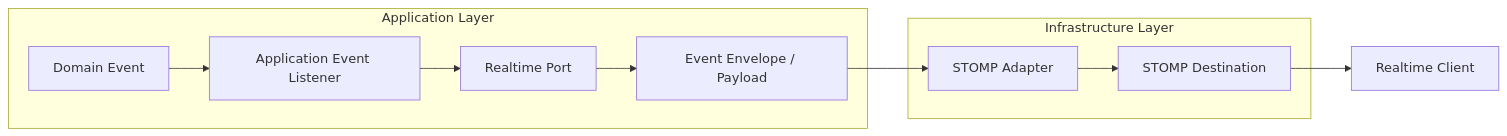
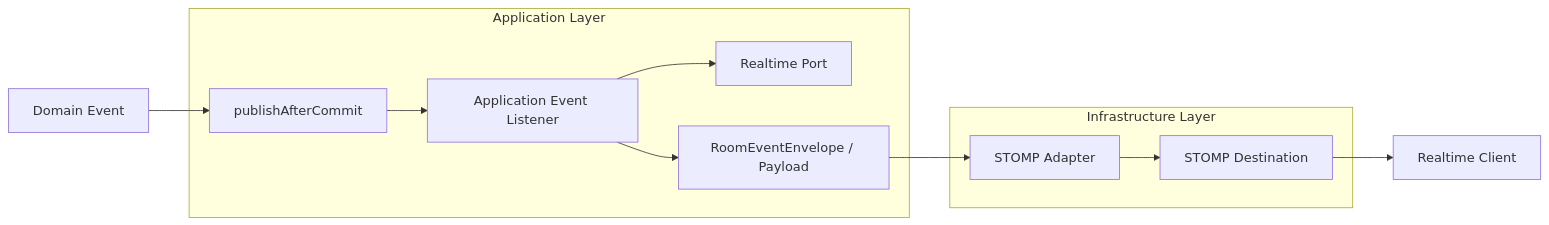
One commit to woojun-k/pabal changed the third of 3 diagrams in README.md. Above: the diagram before and after it, drawn with Mermaid. The commit also changed other lines of this file, not shown here.

````diff
--- a/README.md
+++ b/README.md
@@ -121,17 +134,17 @@
 ```mermaid
 flowchart LR
-    A["Domain Event"]
+    A["Domain Event"] --> B["publishAfterCommit"]
 
     subgraph APP["Application Layer"]
-        A --> B["Application Event Listener"]
-        B --> C["Realtime Port"]
-        C --> D["Event Envelope / Payload"]
+        B --> C["Application Event Listener"]
+        C --> D["Realtime Port"]
+        C --> E["RoomEventEnvelope / Payload"]
     end
 
     subgraph INFRA["Infrastructure Layer"]
-        D --> E["STOMP Adapter"]
-        E --> F["STOMP Destination"]
+        E --> F["STOMP Adapter"]
+        F --> G["STOMP Destination"]
     end
 
-    F --> G["Realtime Client"]
+    G --> H["Realtime Client"]
 ```
````
